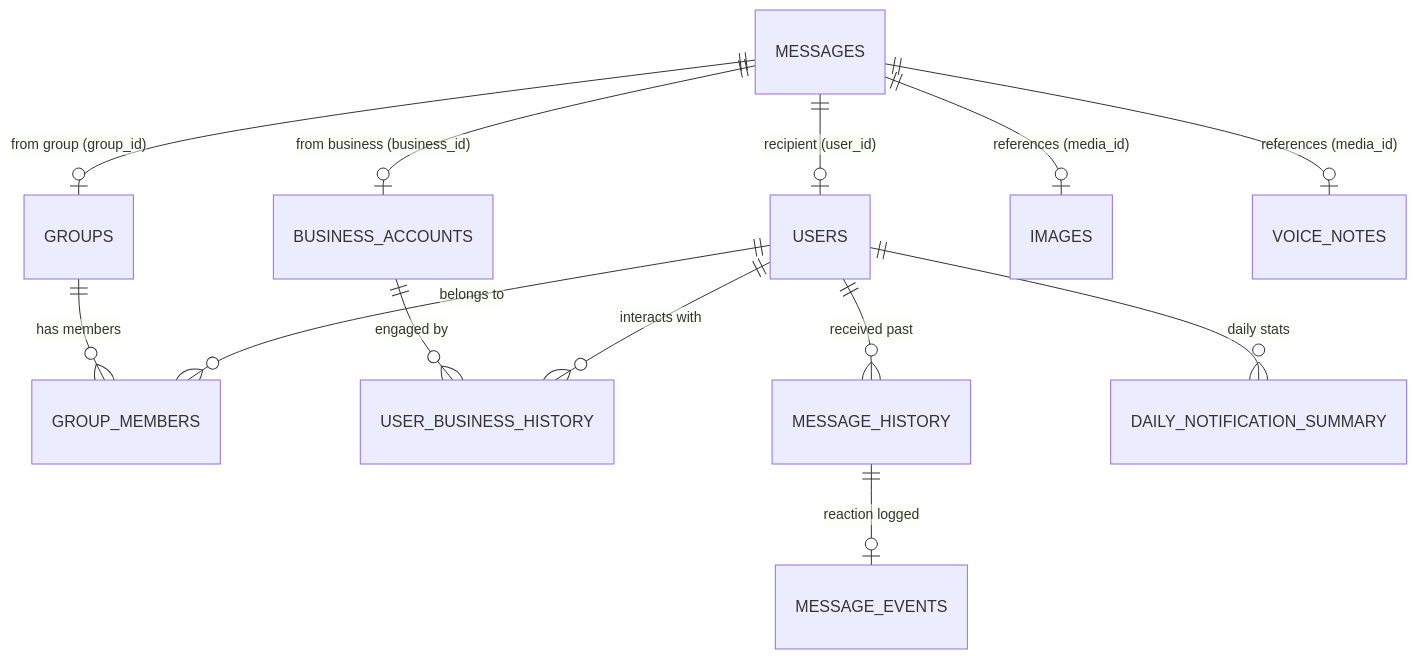
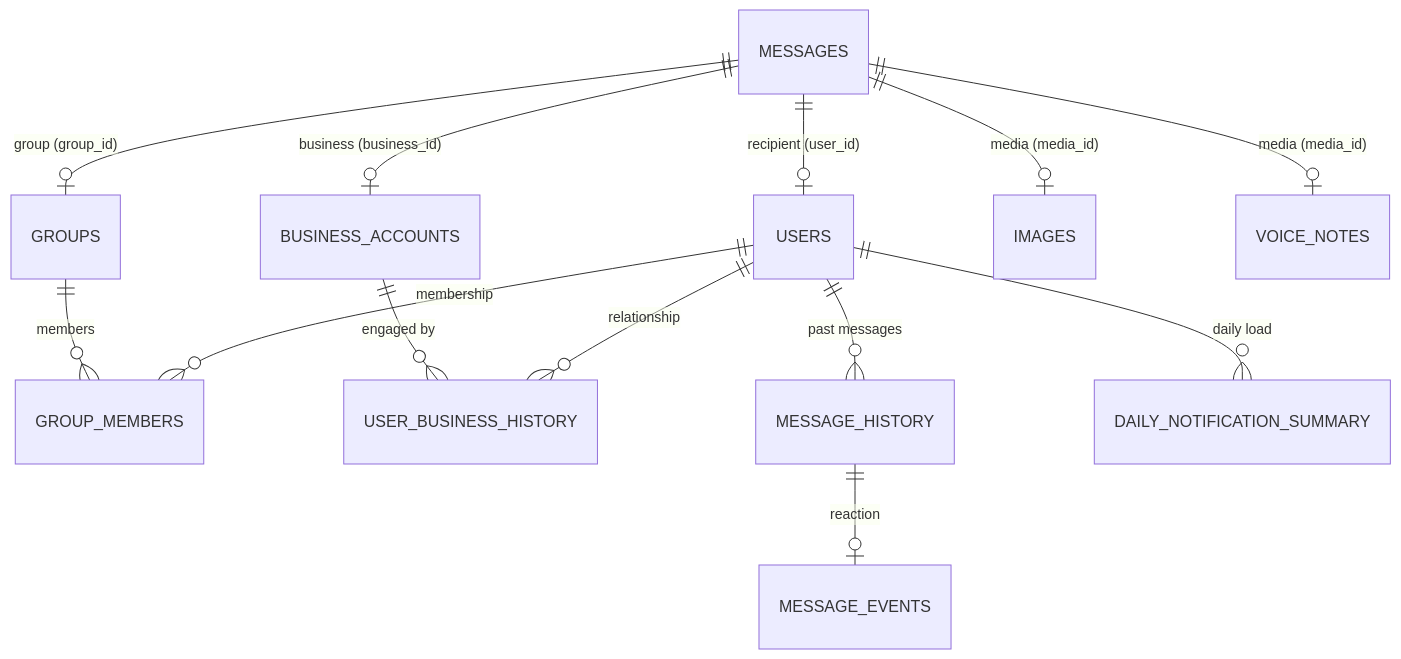
The diagram in planning/DATASET_ANALYSIS.md (akshitgog/hackerrank-orchestrate), drawn with Mermaid before and after one commit. The commit also changed other lines of this file and 4 other files, not shown here.

````diff
--- a/planning/DATASET_ANALYSIS.md
+++ b/planning/DATASET_ANALYSIS.md
@@ -38,18 +27,15 @@
 ```mermaid
 erDiagram
     MESSAGES ||--o| USERS : "recipient (user_id)"
-    MESSAGES ||--o| GROUPS : "from group (group_id)"
-    MESSAGES ||--o| BUSINESS_ACCOUNTS : "from business (business_id)"
-    MESSAGES ||--o| IMAGES : "references (media_id)"
-    MESSAGES ||--o| VOICE_NOTES : "references (media_id)"
-    
-    USERS ||--o{ GROUP_MEMBERS : "belongs to"
-    GROUPS ||--o{ GROUP_MEMBERS : "has members"
-    
-    USERS ||--o{ USER_BUSINESS_HISTORY : "interacts with"
+    MESSAGES ||--o| GROUPS : "group (group_id)"
+    MESSAGES ||--o| BUSINESS_ACCOUNTS : "business (business_id)"
+    MESSAGES ||--o| IMAGES : "media (media_id)"
+    MESSAGES ||--o| VOICE_NOTES : "media (media_id)"
+    USERS ||--o{ GROUP_MEMBERS : "membership"
+    GROUPS ||--o{ GROUP_MEMBERS : "members"
+    USERS ||--o{ USER_BUSINESS_HISTORY : "relationship"
     BUSINESS_ACCOUNTS ||--o{ USER_BUSINESS_HISTORY : "engaged by"
-    
-    USERS ||--o{ MESSAGE_HISTORY : "received past"
-    MESSAGE_HISTORY ||--o| MESSAGE_EVENTS : "reaction logged"
-    USERS ||--o{ DAILY_NOTIFICATION_SUMMARY : "daily stats"
+    USERS ||--o{ MESSAGE_HISTORY : "past messages"
+    MESSAGE_HISTORY ||--o| MESSAGE_EVENTS : "reaction"
+    USERS ||--o{ DAILY_NOTIFICATION_SUMMARY : "daily load"
 ```
````
